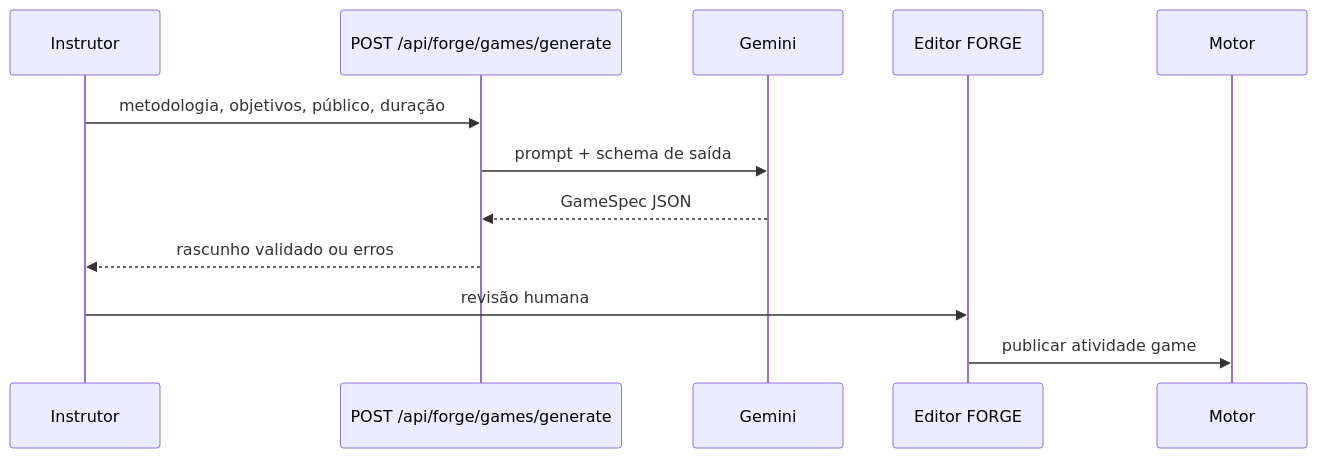
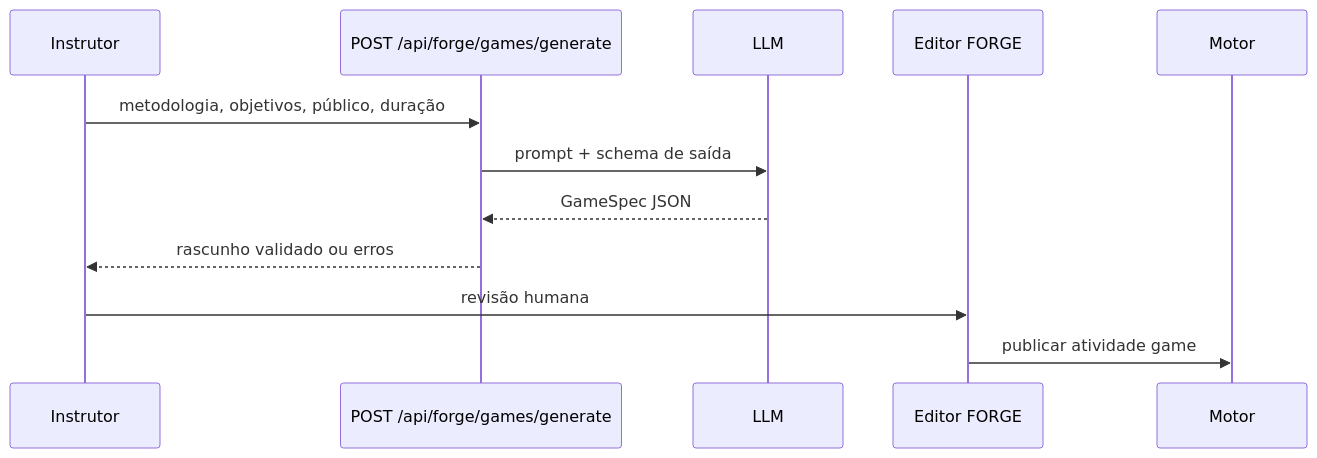
The third of 3 diagrams in docs/architecture/forge-ead.md (etholys/etholys), drawn with Mermaid before and after one commit. The commit also changed other lines of this file and 110 other files, not shown here.

````diff
--- a/docs/architecture/forge-ead.md
+++ b/docs/architecture/forge-ead.md
@@ -238,15 +238,15 @@
 ```mermaid
 sequenceDiagram
   participant I as Instrutor
   participant API as POST /api/forge/games/generate
-  participant G as Gemini
+  participant G as LLM
   participant E as Editor FORGE
   participant M as Motor
 
   I->>API: metodologia, objetivos, público, duração
   API->>G: prompt + schema de saída
   G-->>API: GameSpec JSON
   API-->>I: rascunho validado ou erros
   I->>E: revisão humana
   E->>M: publicar atividade game
 ```
````
